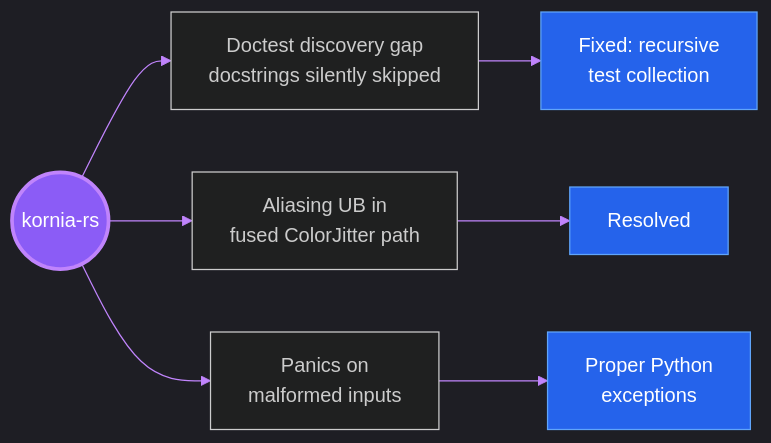
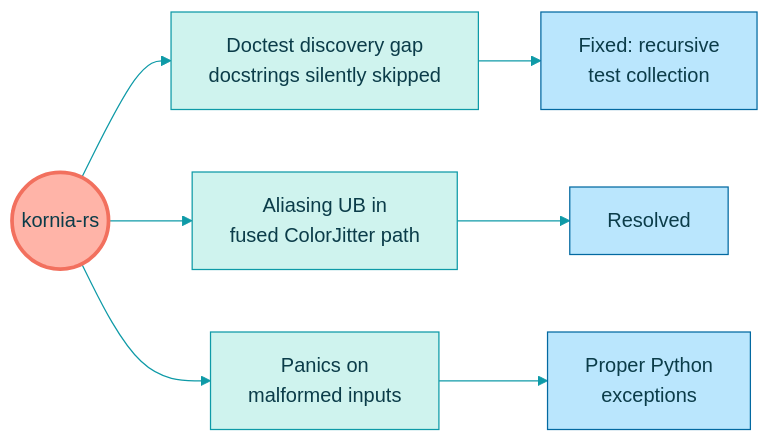
Before and after one commit to khushi-070906/khushi-070906: the fifth of 5 diagrams in README.md, drawn with Mermaid. The commit also changed other lines of this file and 14 other files, not shown here.

````diff
--- a/README.md
+++ b/README.md
@@ -122,12 +122,12 @@
 ```mermaid
-%%{init: {'theme':'dark','themeVariables':{'primaryColor':'#4A00E0','primaryTextColor':'#ffffff','primaryBorderColor':'#8B5CF6','lineColor':'#C084FC','fontFamily':'monospace'}}}%%
+%%{init: {'theme':'base','themeVariables':{'primaryColor':'#CFF3EE','primaryTextColor':'#0B3C49','primaryBorderColor':'#0E9AA7','lineColor':'#0E9AA7','secondaryColor':'#FFE8C2','tertiaryColor':'#FFF6E5','fontFamily':'monospace'}}}%%
 flowchart LR
     K(("kornia-rs")):::core
     K --> A["Doctest discovery gap<br/>docstrings silently skipped"] --> A2["Fixed: recursive<br/>test collection"]
     K --> B["Aliasing UB in<br/>fused ColorJitter path"] --> B2["Resolved"]
     K --> C["Panics on<br/>malformed inputs"] --> C2["Proper Python<br/>exceptions"]
-    classDef core fill:#8B5CF6,stroke:#C084FC,color:#fff,stroke-width:3px
-    style A2 fill:#2563EB,stroke:#60A5FA,color:#fff
-    style B2 fill:#2563EB,stroke:#60A5FA,color:#fff
-    style C2 fill:#2563EB,stroke:#60A5FA,color:#fff
+    classDef core fill:#FFB4A8,stroke:#F2705E,color:#0B3C49,stroke-width:3px
+    style A2 fill:#BAE6FD,stroke:#0369A1,color:#0B3C49
+    style B2 fill:#BAE6FD,stroke:#0369A1,color:#0B3C49
+    style C2 fill:#BAE6FD,stroke:#0369A1,color:#0B3C49
 ```
````
